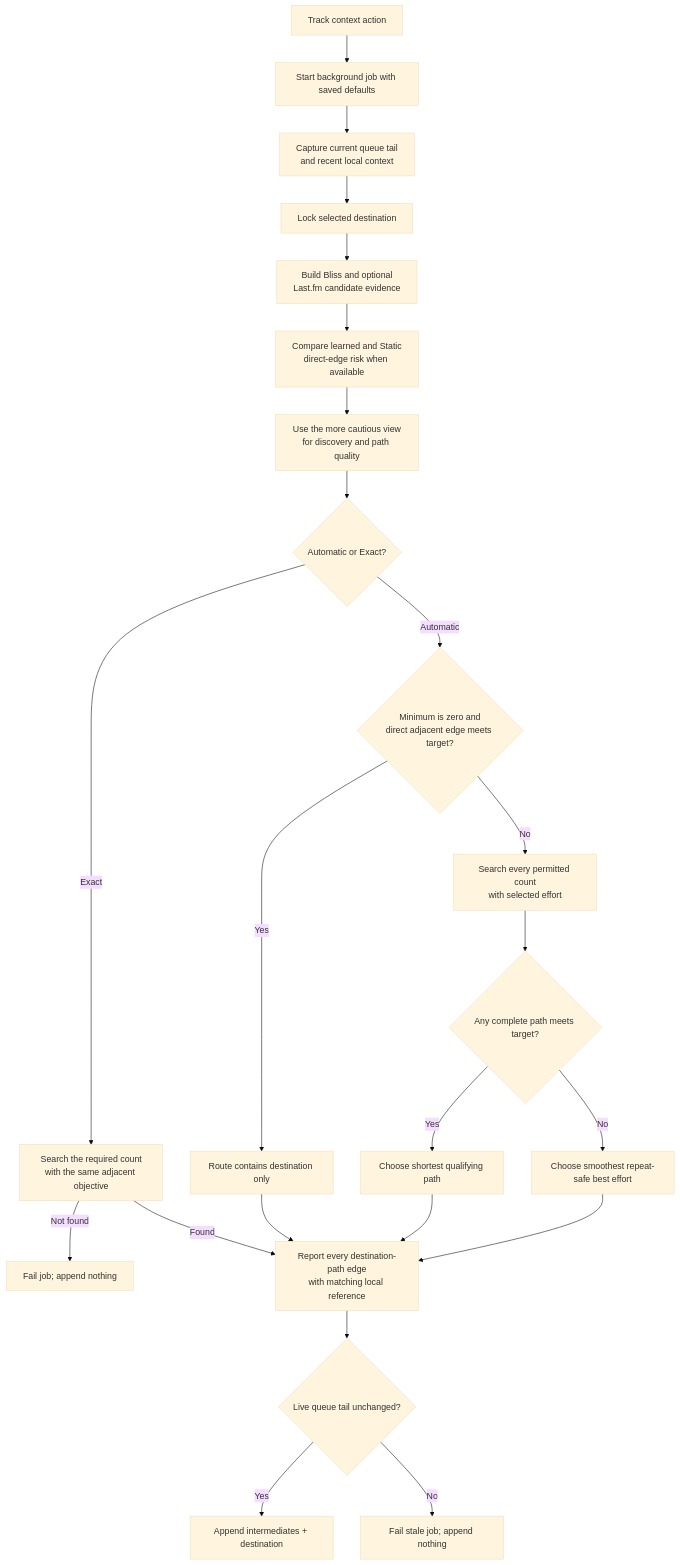
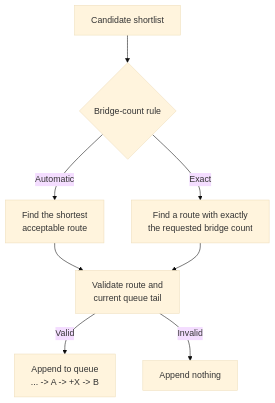
The third of 12 diagrams in ALGORITHMS.md (chrober/lms-better-call-bliss), drawn with Mermaid (base theme) before and after one commit. The commit also changed other lines of this file and 20 other files, not shown here.

Commit message:
Complete adaptive destination routing diagnostics

```diff
--- a/ALGORITHMS.md
+++ b/ALGORITHMS.md
@@ -86,25 +175,10 @@
 ~~~mermaid
 flowchart TD
-    A["Track context action"] --> B["Start background job with saved defaults"]
-    B --> C["Capture current queue tail<br/>and recent local context"]
-    C --> D["Lock selected destination"]
-    D --> E["Build Bliss and optional<br/>Last.fm candidate evidence"]
-    E --> V["Compare learned and Static<br/>direct-edge risk when available"]
-    V --> W["Use the more cautious view<br/>for discovery and path quality"]
-    W --> F{"Automatic or Exact?"}
-    F -- Automatic --> G{"Minimum is zero and<br/>direct adjacent edge meets target?"}
-    G -- Yes --> K["Route contains destination only"]
-    G -- No --> H["Search every permitted count<br/>with selected effort"]
-    H --> I{"Any complete path meets target?"}
-    I -- Yes --> P["Choose shortest qualifying path"]
-    I -- No --> Q["Choose smoothest repeat-safe best effort"]
-    F -- Exact --> L["Search the required count<br/>with the same adjacent objective"]
-    L -- Not found --> J["Fail job; append nothing"]
-    L -- Found --> R
-    K --> R["Report every destination-path edge<br/>with matching local reference"]
-    P --> R
-    Q --> R
-    R --> M{"Live queue tail unchanged?"}
-    M -- Yes --> N["Append intermediates + destination"]
-    M -- No --> O["Fail stale job; append nothing"]
+    S["Candidate shortlist"] --> M{"Bridge-count rule"}
+    M -- Automatic --> A["Find the shortest<br/>acceptable route"]
+    M -- Exact --> E["Find a route with exactly<br/>the requested bridge count"]
+    A --> V["Validate route and<br/>current queue tail"]
+    E --> V
+    V -- Valid --> O["Append to queue<br/>... -> A -> +X -> B"]
+    V -- Invalid --> F["Append nothing"]
 ~~~
```
